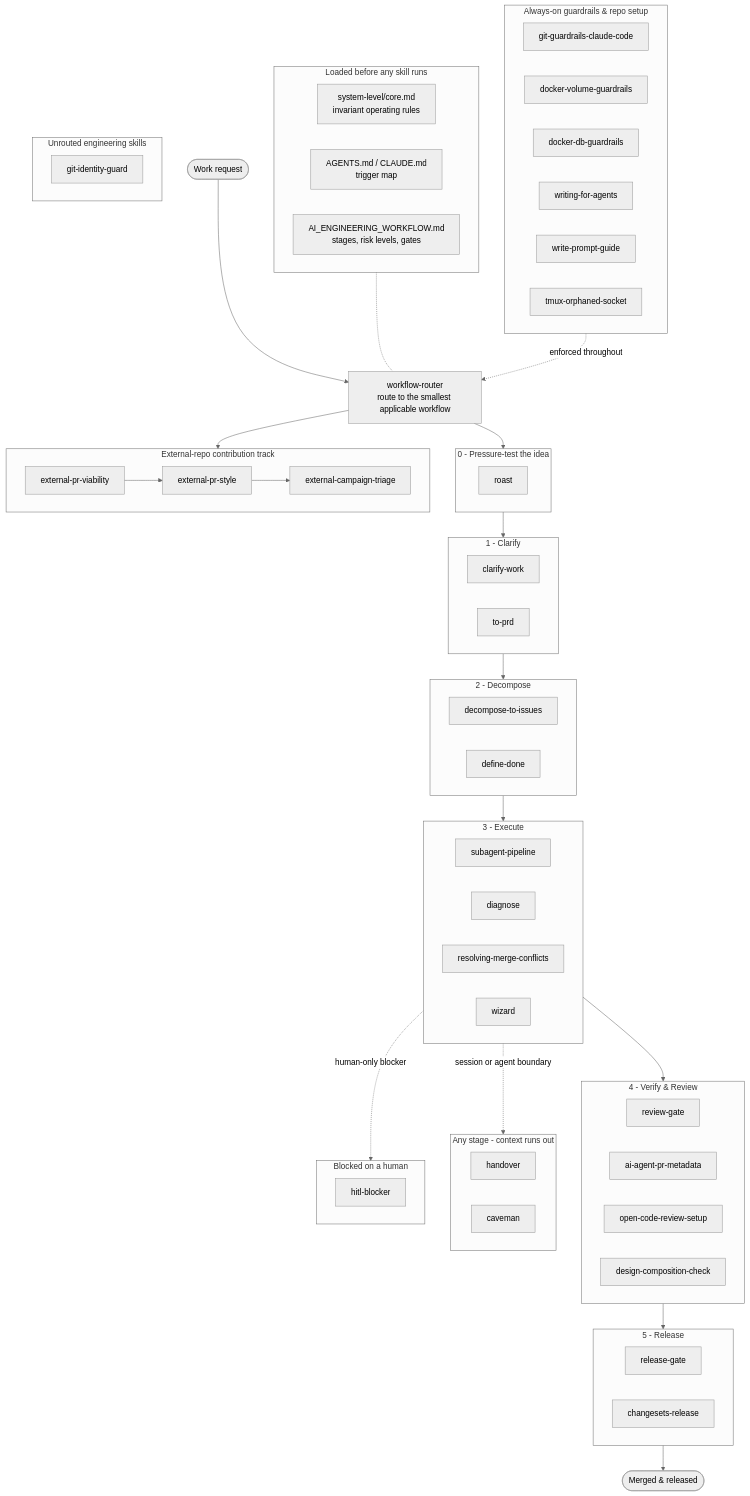
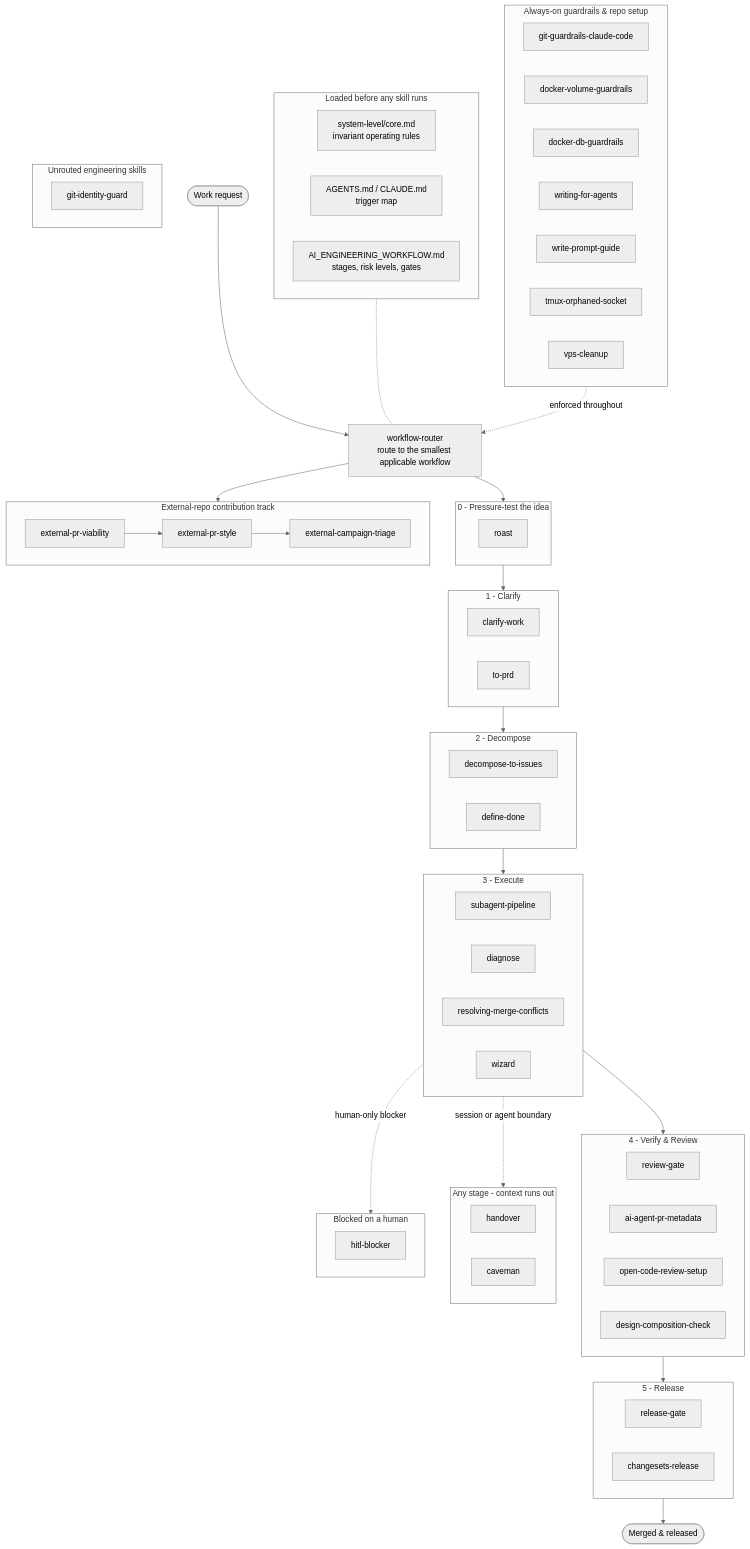
Before and after one commit to wakqasahmed/ai-engineering-workflow-skills: the diagram in README.md, drawn with Mermaid (neutral theme). The commit also changed other lines of this file and 8 other files, not shown here.

First line of the commit message:
Add vps-cleanup skill (#215) (#216)

```diff
--- a/README.md
+++ b/README.md
@@ -83,6 +83,7 @@
         s_writing_for_agents["writing-for-agents"]
         s_write_prompt_guide["write-prompt-guide"]
         s_tmux_orphaned_socket["tmux-orphaned-socket"]
+        s_vps_cleanup["vps-cleanup"]
     end
 
     subgraph BLOCK["Blocked on a human"]
```
